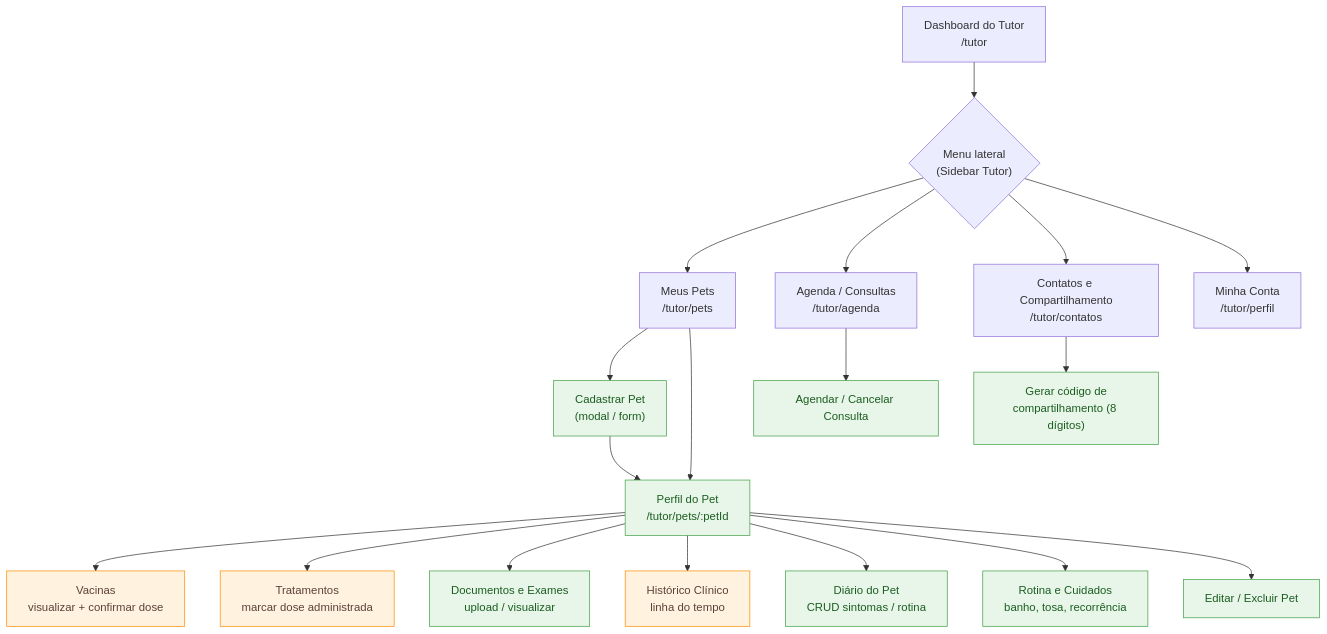
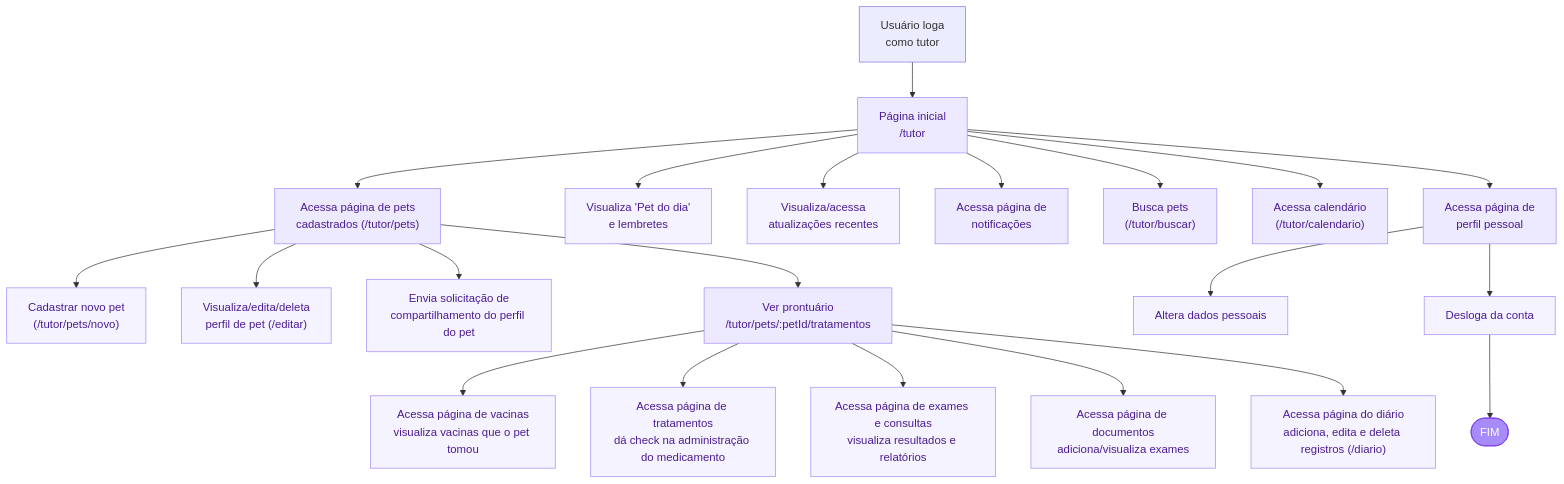
The second of 4 diagrams in docs-frontend-web-fluxo-wireframes.md (LaraPaulaSilva/petlife2copia), drawn with Mermaid before and after one commit. The commit also changed other lines of this file, not shown here.

````diff
--- a/docs-frontend-web-fluxo-wireframes.md
+++ b/docs-frontend-web-fluxo-wireframes.md
@@ -45,29 +52,34 @@
 ```mermaid
 flowchart TD
-    dashTutor["Dashboard do Tutor<br/>/tutor"] --> navT{"Menu lateral<br/>(Sidebar Tutor)"}
+    logaTutor["Usuário loga<br/>como tutor"] --> inicioT["Página inicial<br/>/tutor"]
 
-    navT --> meusPets["Meus Pets<br/>/tutor/pets"]
-    navT --> agendaT["Agenda / Consultas<br/>/tutor/agenda"]
-    navT --> contatosT["Contatos e Compartilhamento<br/>/tutor/contatos"]
-    navT --> perfilT["Minha Conta<br/>/tutor/perfil"]
+    inicioT --> pets["Acessa página de pets<br/>cadastrados (/tutor/pets)"]
+    inicioT --> destaque["Visualiza 'Pet do dia'<br/>e lembretes"]
+    inicioT --> recentes["Visualiza/acessa<br/>atualizações recentes"]
+    inicioT --> notif["Acessa página de<br/>notificações"]
+    inicioT --> buscar["Busca pets<br/>(/tutor/buscar)"]
+    inicioT --> calendarioT["Acessa calendário<br/>(/tutor/calendario)"]
+    inicioT --> perfilT["Acessa página de<br/>perfil pessoal"]
 
-    meusPets --> novoPet["Cadastrar Pet<br/>(modal / form)"]
-    meusPets --> detPet["Perfil do Pet<br/>/tutor/pets/:petId"]
-    novoPet --> detPet
+    pets --> novoPet["Cadastrar novo pet<br/>(/tutor/pets/novo)"]
+    pets --> editaPet["Visualiza/edita/deleta<br/>perfil de pet (/editar)"]
+    pets --> compartilhar["Envia solicitação de<br/>compartilhamento do perfil do pet"]
+    pets --> prontuarioT["Ver prontuário<br/>/tutor/pets/:petId/tratamentos"]
 
-    detPet --> vacinasT["Vacinas<br/>visualizar + confirmar dose"]
-    detPet --> tratT["Tratamentos<br/>marcar dose administrada"]
-    detPet --> docsT["Documentos e Exames<br/>upload / visualizar"]
-    detPet --> histT["Histórico Clínico<br/>linha do tempo"]
-    detPet --> diarioT["Diário do Pet<br/>CRUD sintomas / rotina"]
-    detPet --> rotinaT["Rotina e Cuidados<br/>banho, tosa, recorrência"]
-    detPet --> editPet["Editar / Excluir Pet"]
+    prontuarioT --> vacinasT["Acessa página de vacinas<br/>visualiza vacinas que o pet tomou"]
+    prontuarioT --> medsT["Acessa página de tratamentos<br/>dá check na administração do medicamento"]
+    prontuarioT --> consultasT["Acessa página de exames e consultas<br/>visualiza resultados e relatórios"]
+    prontuarioT --> docsT["Acessa página de documentos<br/>adiciona/visualiza exames"]
+    prontuarioT --> diarioT["Acessa página do diário<br/>adiciona, edita e deleta registros (/diario)"]
 
-    contatosT --> compartilhar["Gerar código de<br/>compartilhamento (8 dígitos)"]
-    agendaT --> novaConsultaT["Agendar / Cancelar Consulta"]
+    perfilT --> dadosT["Altera dados pessoais"]
+    perfilT --> logoutT["Desloga da conta"]
+    logoutT --> fimT(["FIM"])
 
-    classDef leitura fill:#fff3e0,stroke:#fb8c00,color:#5d4037;
-    classDef escrita fill:#e8f5e9,stroke:#43a047,color:#1b5e20;
-    class vacinasT,tratT,histT leitura;
-    class novoPet,detPet,docsT,diarioT,rotinaT,editPet,compartilhar,novaConsultaT escrita;
+    classDef tutor fill:#ede9fe,stroke:#a78bfa,color:#4c1d95;
+    classDef acaoT fill:#f5f3ff,stroke:#a78bfa,color:#4c1d95;
+    classDef inicioFimT fill:#a78bfa,stroke:#7c3aed,color:#ffffff;
+    class inicioT,pets,notif,buscar,calendarioT,perfilT,prontuarioT tutor;
+    class destaque,recentes,novoPet,editaPet,compartilhar,vacinasT,medsT,consultasT,docsT,diarioT,dadosT,logoutT acaoT;
+    class fimT inicioFimT;
 ```
````
